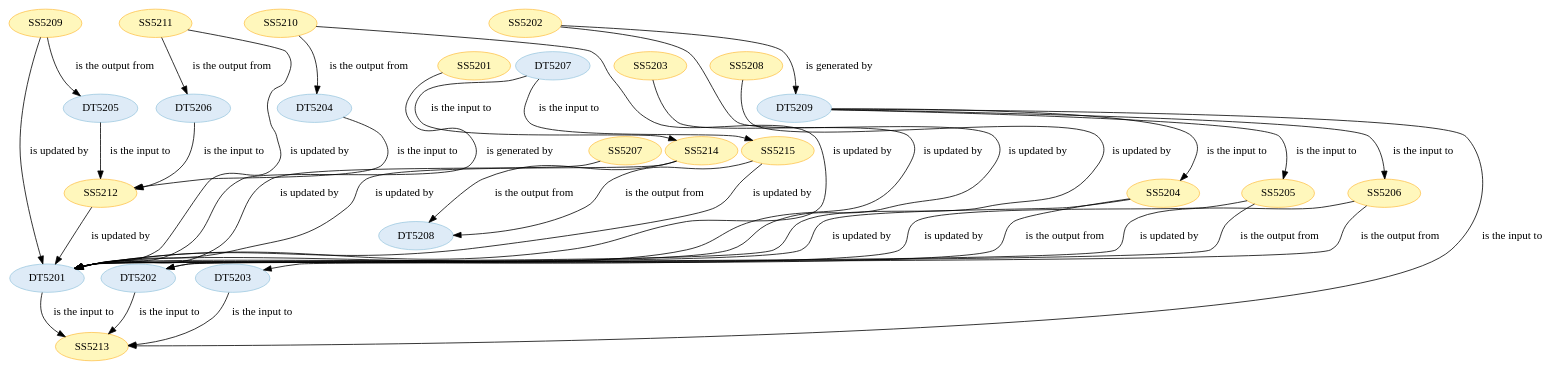
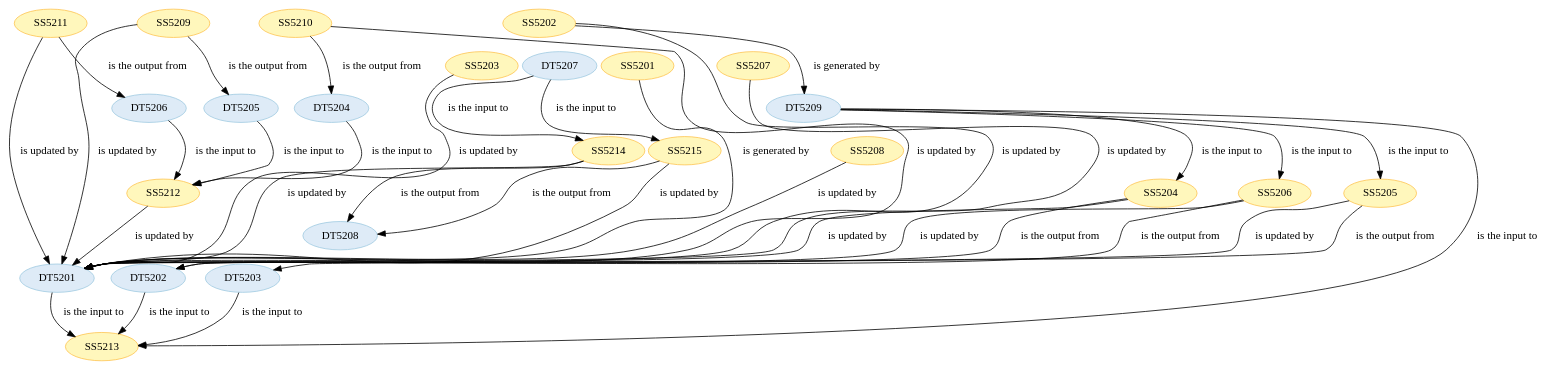
The diagram in wf5201/ST520101.dot (Marco-Salvi/cwl-test), drawn with Graphviz before and after one commit. The commit also changed other lines of this file and 26 other files, not shown here.

```diff
--- a/wf5201/ST520101.dot
+++ b/wf5201/ST520101.dot
@@ -1,122 +1,122 @@
 strict digraph {
 
+
+	"SS5202" [ color="2", colorscheme="ylorbr3", fillcolor="1", style="filled",  weight=0 ];
+
+	"SS5202" -> "DT5201" [ label="is updated by", labeltooltip="DT5201 - is updated by - SS5202",  weight=0 ];
+
+	"SS5202" -> "DT5209" [ label="is generated by", labeltooltip="DT5209 - is generated by - SS5202",  weight=0 ];
+
+	"SS5206" [ color="2", colorscheme="ylorbr3", fillcolor="1", style="filled",  weight=0 ];
+
+	"SS5206" -> "DT5201" [ label="is updated by", labeltooltip="DT5201 - is updated by - SS5206",  weight=0 ];
+
+	"SS5206" -> "DT5202" [ label="is the output from", labeltooltip="DT5202 - is the output from - SS5206",  weight=0 ];
 
 	"DT5201" [ color="2", colorscheme="blues3", fillcolor="1", style="filled",  weight=0 ];
 
 	"DT5201" -> "SS5213" [ label="is the input to", labeltooltip="DT5201 - is the input to - SS5213",  weight=0 ];
 
+	"SS5210" [ color="2", colorscheme="ylorbr3", fillcolor="1", style="filled",  weight=0 ];
+
+	"SS5210" -> "DT5204" [ label="is the output from", labeltooltip="DT5204 - is the output from - SS5210",  weight=0 ];
+
+	"SS5210" -> "DT5201" [ label="is updated by", labeltooltip="DT5201 - is updated by - SS5210",  weight=0 ];
+
+	"SS5211" [ color="2", colorscheme="ylorbr3", fillcolor="1", style="filled",  weight=0 ];
+
+	"SS5211" -> "DT5201" [ label="is updated by", labeltooltip="DT5201 - is updated by - SS5211",  weight=0 ];
+
+	"SS5211" -> "DT5206" [ label="is the output from", labeltooltip="DT5206 - is the output from - SS5211",  weight=0 ];
+
 	"DT5204" [ color="2", colorscheme="blues3", fillcolor="1", style="filled",  weight=0 ];
 
 	"DT5204" -> "SS5212" [ label="is the input to", labeltooltip="DT5204 - is the input to - SS5212",  weight=0 ];
+
+	"SS5208" [ color="2", colorscheme="ylorbr3", fillcolor="1", style="filled",  weight=0 ];
+
+	"SS5208" -> "DT5201" [ label="is updated by", labeltooltip="DT5201 - is updated by - SS5208",  weight=0 ];
+
+	"DT5207" [ color="2", colorscheme="blues3", fillcolor="1", style="filled",  weight=0 ];
+
+	"DT5207" -> "SS5215" [ label="is the input to", labeltooltip="DT5207 - is the input to - SS5215",  weight=0 ];
+
+	"DT5207" -> "SS5214" [ label="is the input to", labeltooltip="DT5207 - is the input to - SS5214",  weight=0 ];
+
+	"SS5203" [ color="2", colorscheme="ylorbr3", fillcolor="1", style="filled",  weight=0 ];
+
+	"SS5203" -> "DT5201" [ label="is updated by", labeltooltip="DT5201 - is updated by - SS5203",  weight=0 ];
+
+	"DT5202" [ color="2", colorscheme="blues3", fillcolor="1", style="filled",  weight=0 ];
+
+	"DT5202" -> "SS5213" [ label="is the input to", labeltooltip="DT5202 - is the input to - SS5213",  weight=0 ];
+
+	"DT5208" [ color="2", colorscheme="blues3", fillcolor="1", style="filled",  weight=0 ];
+
+	"SS5201" [ color="2", colorscheme="ylorbr3", fillcolor="1", style="filled",  weight=0 ];
+
+	"SS5201" -> "DT5201" [ label="is generated by", labeltooltip="DT5201 - is generated by - SS5201",  weight=0 ];
+
+	"SS5209" [ color="2", colorscheme="ylorbr3", fillcolor="1", style="filled",  weight=0 ];
+
+	"SS5209" -> "DT5201" [ label="is updated by", labeltooltip="DT5201 - is updated by - SS5209",  weight=0 ];
+
+	"SS5209" -> "DT5205" [ label="is the output from", labeltooltip="DT5205 - is the output from - SS5209",  weight=0 ];
+
+	"SS5213" [ color="2", colorscheme="ylorbr3", fillcolor="1", style="filled",  weight=0 ];
+
+	"DT5206" [ color="2", colorscheme="blues3", fillcolor="1", style="filled",  weight=0 ];
+
+	"DT5206" -> "SS5212" [ label="is the input to", labeltooltip="DT5206 - is the input to - SS5212",  weight=0 ];
+
+	"SS5205" [ color="2", colorscheme="ylorbr3", fillcolor="1", style="filled",  weight=0 ];
+
+	"SS5205" -> "DT5201" [ label="is updated by", labeltooltip="DT5201 - is updated by - SS5205",  weight=0 ];
+
+	"SS5205" -> "DT5203" [ label="is the output from", labeltooltip="DT5203 - is the output from - SS5205",  weight=0 ];
+
+	"SS5214" [ color="2", colorscheme="ylorbr3", fillcolor="1", style="filled",  weight=0 ];
+
+	"SS5214" -> "DT5201" [ label="is updated by", labeltooltip="DT5201 - is updated by - SS5214",  weight=0 ];
+
+	"SS5214" -> "DT5208" [ label="is the output from", labeltooltip="DT5208 - is the output from - SS5214",  weight=0 ];
+
+	"SS5204" [ color="2", colorscheme="ylorbr3", fillcolor="1", style="filled",  weight=0 ];
+
+	"SS5204" -> "DT5201" [ label="is updated by", labeltooltip="DT5201 - is updated by - SS5204",  weight=0 ];
+
+	"SS5204" -> "DT5202" [ label="is the output from", labeltooltip="DT5202 - is the output from - SS5204",  weight=0 ];
 
 	"DT5205" [ color="2", colorscheme="blues3", fillcolor="1", style="filled",  weight=0 ];
 
 	"DT5205" -> "SS5212" [ label="is the input to", labeltooltip="DT5205 - is the input to - SS5212",  weight=0 ];
 
-	"SS5210" [ color="2", colorscheme="ylorbr3", fillcolor="1", style="filled",  weight=0 ];
-
-	"SS5210" -> "DT5201" [ label="is updated by", labeltooltip="DT5201 - is updated by - SS5210",  weight=0 ];
-
-	"SS5210" -> "DT5204" [ label="is the output from", labeltooltip="DT5204 - is the output from - SS5210",  weight=0 ];
-
-	"DT5203" [ color="2", colorscheme="blues3", fillcolor="1", style="filled",  weight=0 ];
-
-	"DT5203" -> "SS5213" [ label="is the input to", labeltooltip="DT5203 - is the input to - SS5213",  weight=0 ];
-
 	"SS5207" [ color="2", colorscheme="ylorbr3", fillcolor="1", style="filled",  weight=0 ];
 
 	"SS5207" -> "DT5201" [ label="is updated by", labeltooltip="DT5201 - is updated by - SS5207",  weight=0 ];
-
-	"DT5206" [ color="2", colorscheme="blues3", fillcolor="1", style="filled",  weight=0 ];
-
-	"DT5206" -> "SS5212" [ label="is the input to", labeltooltip="DT5206 - is the input to - SS5212",  weight=0 ];
-
-	"DT5209" [ color="2", colorscheme="blues3", fillcolor="1", style="filled",  weight=0 ];
-
-	"DT5209" -> "SS5204" [ label="is the input to", labeltooltip="DT5209 - is the input to - SS5204",  weight=0 ];
-
-	"DT5209" -> "SS5205" [ label="is the input to", labeltooltip="DT5209 - is the input to - SS5205",  weight=0 ];
-
-	"DT5209" -> "SS5206" [ label="is the input to", labeltooltip="DT5209 - is the input to - SS5206",  weight=0 ];
-
-	"DT5209" -> "SS5213" [ label="is the input to", labeltooltip="DT5209 - is the input to - SS5213",  weight=0 ];
-
-	"SS5208" [ color="2", colorscheme="ylorbr3", fillcolor="1", style="filled",  weight=0 ];
-
-	"SS5208" -> "DT5201" [ label="is updated by", labeltooltip="DT5201 - is updated by - SS5208",  weight=0 ];
-
-	"SS5214" [ color="2", colorscheme="ylorbr3", fillcolor="1", style="filled",  weight=0 ];
-
-	"SS5214" -> "DT5208" [ label="is the output from", labeltooltip="DT5208 - is the output from - SS5214",  weight=0 ];
-
-	"SS5214" -> "DT5201" [ label="is updated by", labeltooltip="DT5201 - is updated by - SS5214",  weight=0 ];
-
-	"DT5202" [ color="2", colorscheme="blues3", fillcolor="1", style="filled",  weight=0 ];
-
-	"DT5202" -> "SS5213" [ label="is the input to", labeltooltip="DT5202 - is the input to - SS5213",  weight=0 ];
-
-	"SS5212" [ color="2", colorscheme="ylorbr3", fillcolor="1", style="filled",  weight=0 ];
-
-	"SS5212" -> "DT5201" [ label="is updated by", labeltooltip="DT5201 - is updated by - SS5212",  weight=0 ];
-
-	"SS5209" [ color="2", colorscheme="ylorbr3", fillcolor="1", style="filled",  weight=0 ];
-
-	"SS5209" -> "DT5205" [ label="is the output from", labeltooltip="DT5205 - is the output from - SS5209",  weight=0 ];
-
-	"SS5209" -> "DT5201" [ label="is updated by", labeltooltip="DT5201 - is updated by - SS5209",  weight=0 ];
 
 	"SS5215" [ color="2", colorscheme="ylorbr3", fillcolor="1", style="filled",  weight=0 ];
 
 	"SS5215" -> "DT5201" [ label="is updated by", labeltooltip="DT5201 - is updated by - SS5215",  weight=0 ];
 
 	"SS5215" -> "DT5208" [ label="is the output from", labeltooltip="DT5208 - is the output from - SS5215",  weight=0 ];
 
-	"SS5205" [ color="2", colorscheme="ylorbr3", fillcolor="1", style="filled",  weight=0 ];
+	"DT5209" [ color="2", colorscheme="blues3", fillcolor="1", style="filled",  weight=0 ];
 
-	"SS5205" -> "DT5201" [ label="is updated by", labeltooltip="DT5201 - is updated by - SS5205",  weight=0 ];
+	"DT5209" -> "SS5206" [ label="is the input to", labeltooltip="DT5209 - is the input to - SS5206",  weight=0 ];
 
-	"SS5205" -> "DT5203" [ label="is the output from", labeltooltip="DT5203 - is the output from - SS5205",  weight=0 ];
+	"DT5209" -> "SS5213" [ label="is the input to", labeltooltip="DT5209 - is the input to - SS5213",  weight=0 ];
 
-	"DT5208" [ color="2", colorscheme="blues3", fillcolor="1", style="filled",  weight=0 ];
+	"DT5209" -> "SS5204" [ label="is the input to", labeltooltip="DT5209 - is the input to - SS5204",  weight=0 ];
 
-	"SS5203" [ color="2", colorscheme="ylorbr3", fillcolor="1", style="filled",  weight=0 ];
+	"DT5209" -> "SS5205" [ label="is the input to", labeltooltip="DT5209 - is the input to - SS5205",  weight=0 ];
 
-	"SS5203" -> "DT5201" [ label="is updated by", labeltooltip="DT5201 - is updated by - SS5203",  weight=0 ];
+	"DT5203" [ color="2", colorscheme="blues3", fillcolor="1", style="filled",  weight=0 ];
 
-	"SS5202" [ color="2", colorscheme="ylorbr3", fillcolor="1", style="filled",  weight=0 ];
+	"DT5203" -> "SS5213" [ label="is the input to", labeltooltip="DT5203 - is the input to - SS5213",  weight=0 ];
 
-	"SS5202" -> "DT5201" [ label="is updated by", labeltooltip="DT5201 - is updated by - SS5202",  weight=0 ];
+	"SS5212" [ color="2", colorscheme="ylorbr3", fillcolor="1", style="filled",  weight=0 ];
 
-	"SS5202" -> "DT5209" [ label="is generated by", labeltooltip="DT5209 - is generated by - SS5202",  weight=0 ];
-
-	"DT5207" [ color="2", colorscheme="blues3", fillcolor="1", style="filled",  weight=0 ];
-
-	"DT5207" -> "SS5214" [ label="is the input to", labeltooltip="DT5207 - is the input to - SS5214",  weight=0 ];
-
-	"DT5207" -> "SS5215" [ label="is the input to", labeltooltip="DT5207 - is the input to - SS5215",  weight=0 ];
-
-	"SS5201" [ color="2", colorscheme="ylorbr3", fillcolor="1", style="filled",  weight=0 ];
-
-	"SS5201" -> "DT5201" [ label="is generated by", labeltooltip="DT5201 - is generated by - SS5201",  weight=0 ];
-
-	"SS5211" [ color="2", colorscheme="ylorbr3", fillcolor="1", style="filled",  weight=0 ];
-
-	"SS5211" -> "DT5201" [ label="is updated by", labeltooltip="DT5201 - is updated by - SS5211",  weight=0 ];
-
-	"SS5211" -> "DT5206" [ label="is the output from", labeltooltip="DT5206 - is the output from - SS5211",  weight=0 ];
-
-	"SS5213" [ color="2", colorscheme="ylorbr3", fillcolor="1", style="filled",  weight=0 ];
-
-	"SS5204" [ color="2", colorscheme="ylorbr3", fillcolor="1", style="filled",  weight=0 ];
-
-	"SS5204" -> "DT5201" [ label="is updated by", labeltooltip="DT5201 - is updated by - SS5204",  weight=0 ];
-
-	"SS5204" -> "DT5202" [ label="is the output from", labeltooltip="DT5202 - is the output from - SS5204",  weight=0 ];
-
-	"SS5206" [ color="2", colorscheme="ylorbr3", fillcolor="1", style="filled",  weight=0 ];
-
-	"SS5206" -> "DT5201" [ label="is updated by", labeltooltip="DT5201 - is updated by - SS5206",  weight=0 ];
-
-	"SS5206" -> "DT5202" [ label="is the output from", labeltooltip="DT5202 - is the output from - SS5206",  weight=0 ];
+	"SS5212" -> "DT5201" [ label="is updated by", labeltooltip="DT5201 - is updated by - SS5212",  weight=0 ];
 
 }
```
